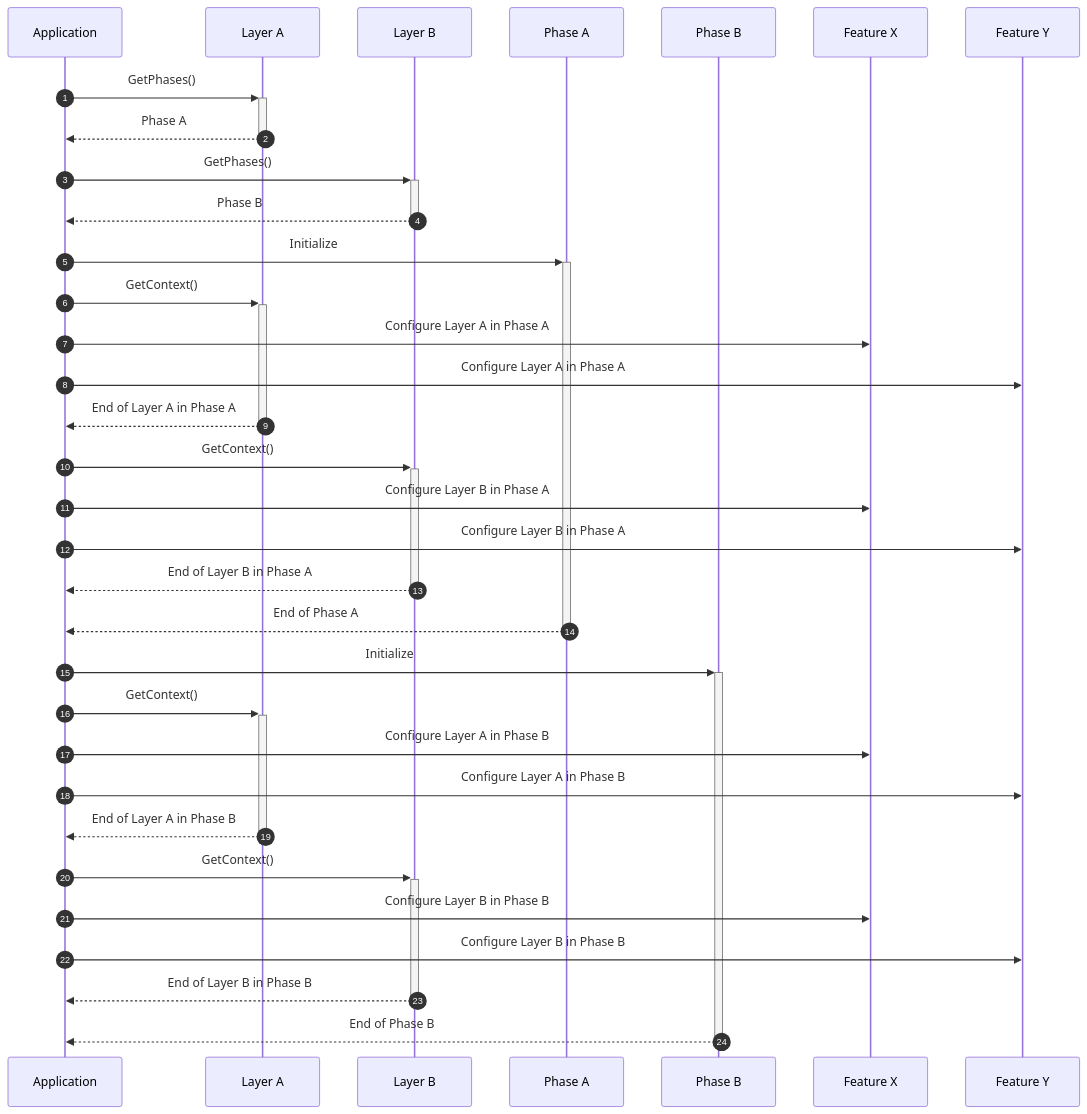
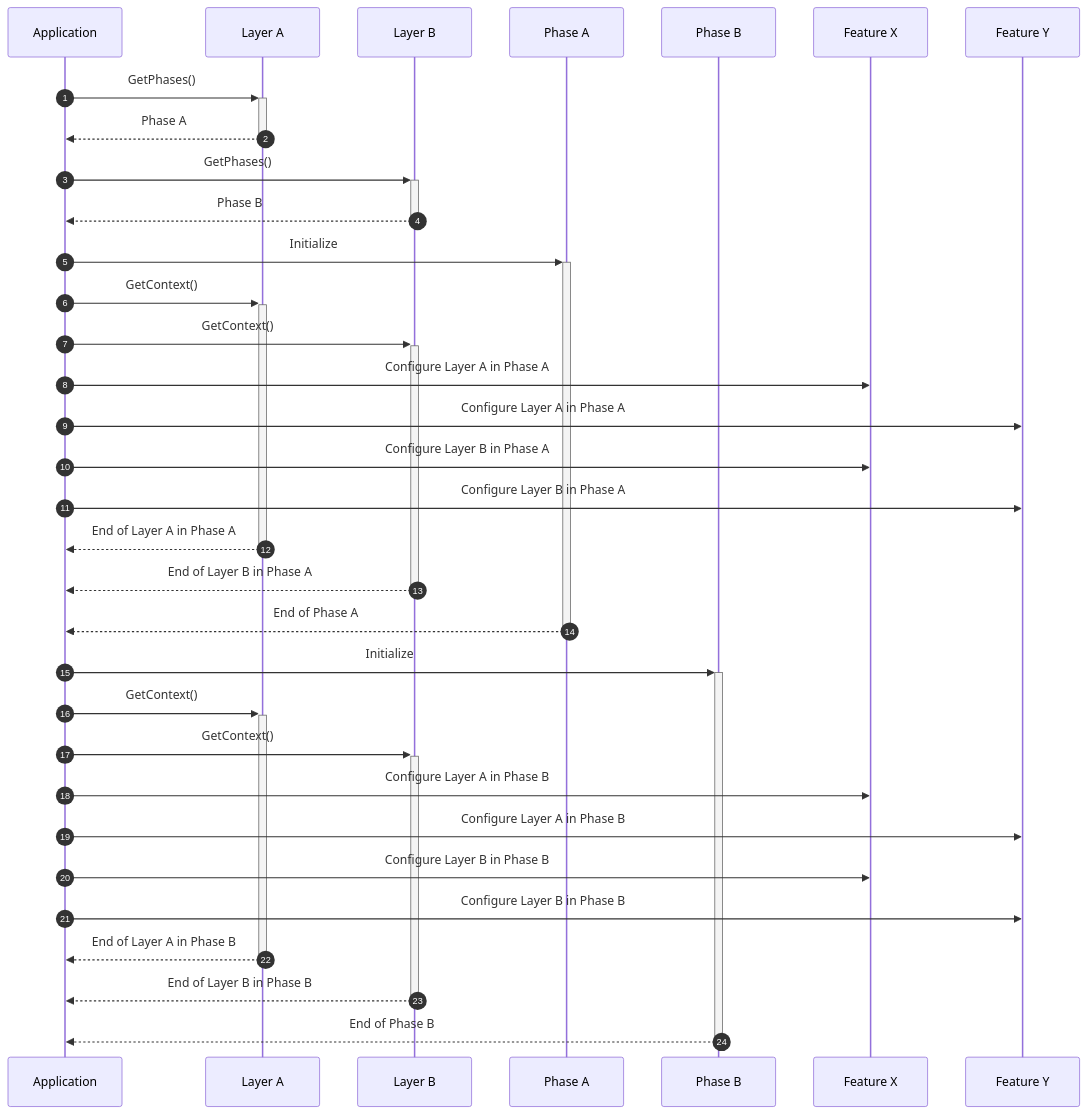
The third of 4 diagrams in docs/architecture/application.md (mouseless/baked), drawn with Mermaid before and after one commit. The commit also changed other lines of this file and 1 other file, not shown here.

````diff
--- a/docs/architecture/application.md
+++ b/docs/architecture/application.md
@@ -142,39 +142,39 @@
 ```mermaid
 sequenceDiagram
     participant APP as Application
     participant LA as Layer A
     participant LB as Layer B
     participant PA as Phase A
     participant PB as Phase B
     participant FX as Feature X
     participant FY as Feature Y
 
     autonumber
 
     APP ->>+ LA: GetPhases()
     LA -->>- APP: Phase A
     APP ->>+ LB: GetPhases()
     LB -->>- APP: Phase B
 
     APP ->>+ PA: Initialize
     APP ->>+ LA: GetContext()
+    APP ->>+ LB: GetContext()
     APP ->> FX: Configure Layer A in Phase A
     APP ->> FY: Configure Layer A in Phase A
-    LA -->>- APP: End of Layer A in Phase A
-    APP ->>+ LB: GetContext()
     APP ->> FX: Configure Layer B in Phase A
     APP ->> FY: Configure Layer B in Phase A
+    LA -->>- APP: End of Layer A in Phase A
     LB -->>- APP: End of Layer B in Phase A
     PA -->>-APP: End of Phase A
 
     APP ->>+ PB: Initialize
     APP ->>+ LA: GetContext()
+    APP ->>+ LB: GetContext()
     APP ->> FX: Configure Layer A in Phase B
     APP ->> FY: Configure Layer A in Phase B
-    LA -->>- APP: End of Layer A in Phase B
-    APP ->>+ LB: GetContext()
     APP ->> FX: Configure Layer B in Phase B
     APP ->> FY: Configure Layer B in Phase B
+    LA -->>- APP: End of Layer A in Phase B
     LB -->>- APP: End of Layer B in Phase B
     PB -->>-APP: End of Phase B
 ```
````
